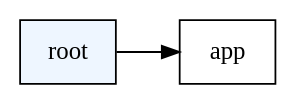
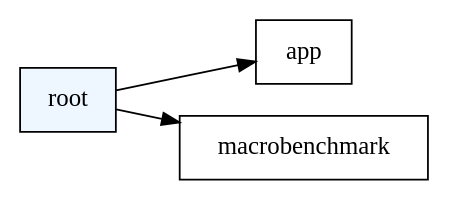
Before and after one commit to Gosayram/jabook: the diagram in docs/architecture/module-deps.dot, drawn with Graphviz.

Commit message:
[FIX] - module graph drifts;

```diff
--- a/docs/architecture/module-deps.dot
+++ b/docs/architecture/module-deps.dot
@@ -1,6 +1,8 @@
 digraph ModuleDeps {
   rankdir=LR;
   "root" [shape=box,style=filled,fillcolor="#eef6ff"];
   "app" [shape=box];
   "root" -> "app";
+  "macrobenchmark" [shape=box];
+  "root" -> "macrobenchmark";
 }
```
